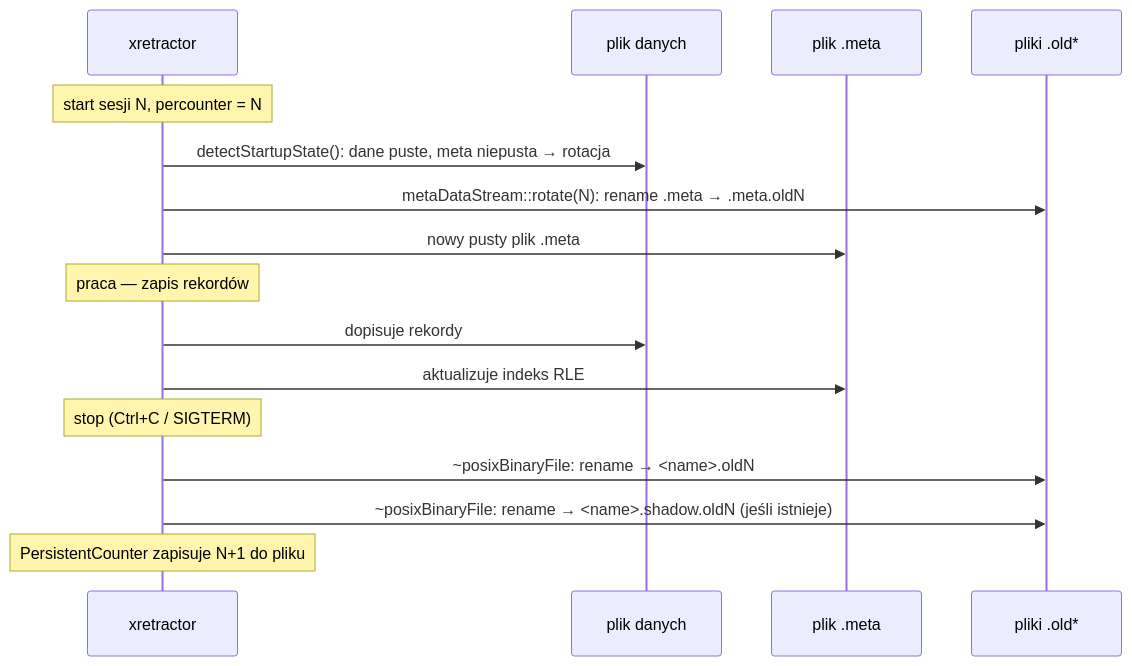
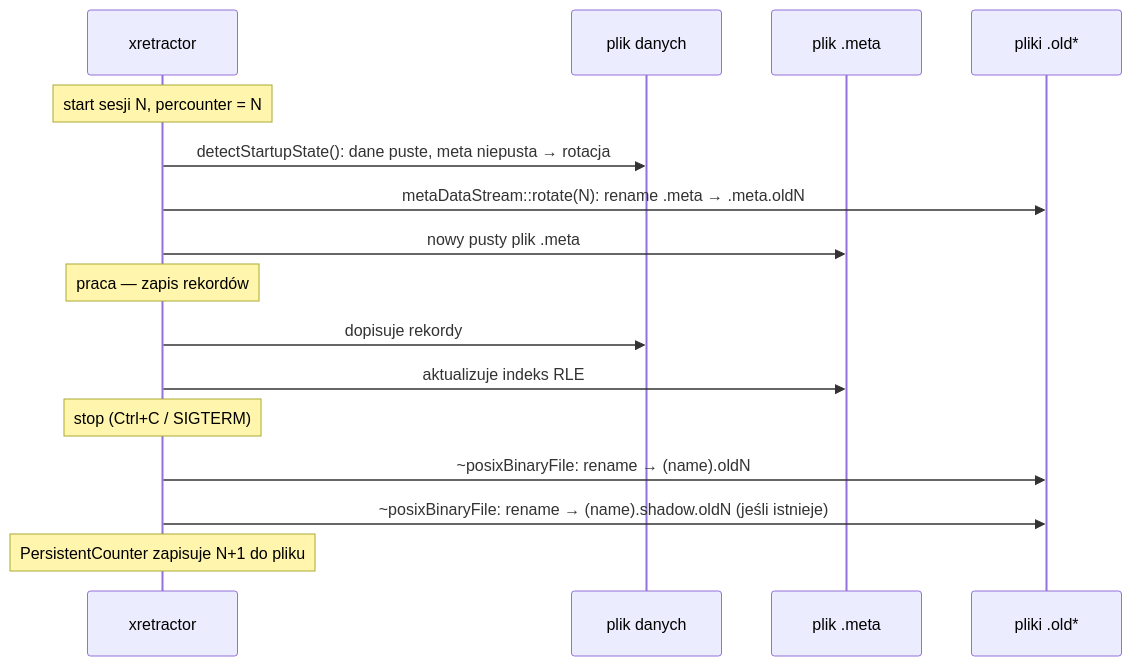
Before and after one commit to michalwidera/dokumentacja-rdb: the diagram in architektura-systemu-przetwarzania-danych/format-zapisu-danych/rotacja.md, drawn with Mermaid.

Commit message:
fixed rotacja - mermaid

````diff
--- a/architektura-systemu-przetwarzania-danych/format-zapisu-danych/rotacja.md
+++ b/architektura-systemu-przetwarzania-danych/format-zapisu-danych/rotacja.md
@@ -26,21 +26,21 @@
 ```mermaid
 sequenceDiagram
     participant RQL as xretractor
     participant D as plik danych
     participant M as plik .meta
     participant Old as pliki .old*
 
     Note over RQL: start sesji N, percounter = N
     RQL->>D: detectStartupState(): dane puste, meta niepusta → rotacja
     RQL->>Old: metaDataStream::rotate(N): rename .meta → .meta.oldN
     RQL->>M: nowy pusty plik .meta
 
     Note over RQL: praca — zapis rekordów
     RQL->>D: dopisuje rekordy
     RQL->>M: aktualizuje indeks RLE
 
     Note over RQL: stop (Ctrl+C / SIGTERM)
-    RQL->>Old: ~posixBinaryFile: rename → <name>.oldN
-    RQL->>Old: ~posixBinaryFile: rename → <name>.shadow.oldN (jeśli istnieje)
+    RQL->>Old: ~posixBinaryFile: rename → (name).oldN
+    RQL->>Old: ~posixBinaryFile: rename → (name).shadow.oldN (jeśli istnieje)
     Note over RQL: PersistentCounter zapisuje N+1 do pliku
 ```
````
